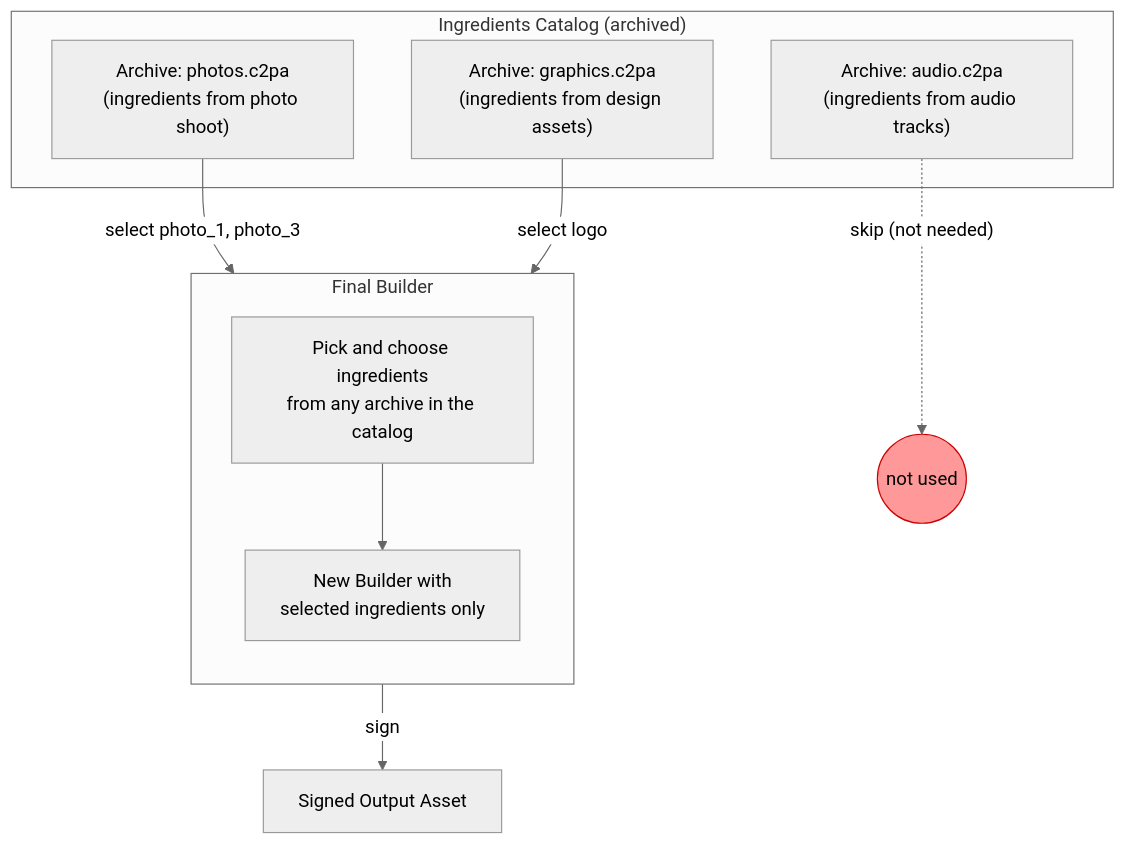
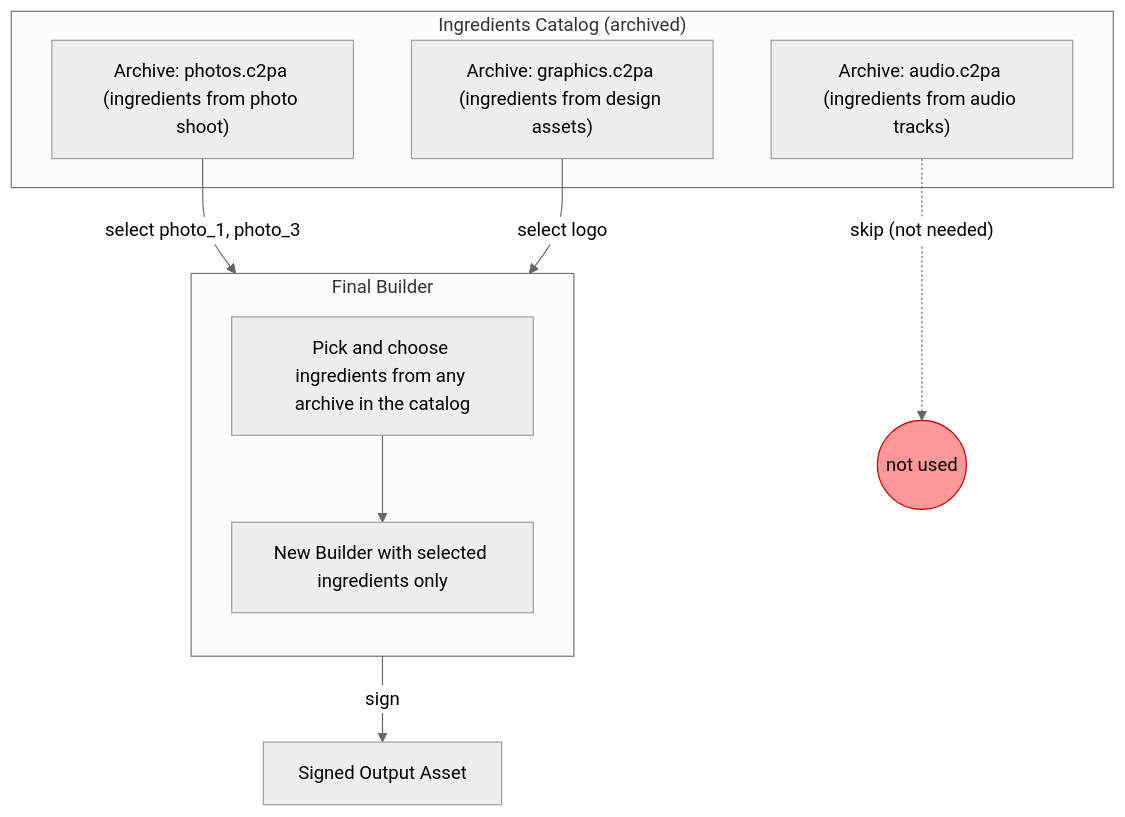
Before and after one commit to contentauth/c2pa-c: the fifth of 11 diagrams in docs/selective-manifests.md, drawn with Mermaid (neutral theme).

Commit message:
Fix formatting in selective-manifests.md

````diff
--- a/docs/selective-manifests.md
+++ b/docs/selective-manifests.md
@@ -222,21 +222,21 @@
 ```mermaid
 flowchart TD
     subgraph Catalog["Ingredients Catalog (archived)"]
-        A1["Archive: photos.c2pa\n(ingredients from photo shoot)"]
-        A2["Archive: graphics.c2pa\n(ingredients from design assets)"]
-        A3["Archive: audio.c2pa\n(ingredients from audio tracks)"]
+        A1["Archive: photos.c2pa (ingredients from photo shoot)"]
+        A2["Archive: graphics.c2pa (ingredients from design assets)"]
+        A3["Archive: audio.c2pa (ingredients from audio tracks)"]
     end
     subgraph Build["Final Builder"]
         direction TB
-        SEL["Pick and choose ingredients\nfrom any archive in the catalog"]
-        FB["New Builder with\nselected ingredients only"]
+        SEL["Pick and choose ingredients from any archive in the catalog"]
+        FB["New Builder with selected ingredients only"]
     end
     A1 -->|"select photo_1, photo_3"| SEL
     A2 -->|"select logo"| SEL
     A3 -. "skip (not needed)" .-> X((not used))
     SEL --> FB
     FB -->|sign| OUT[Signed Output Asset]
 
     style A3 fill:#eee,stroke:#999
     style X fill:#f99,stroke:#c00
 ```
````
